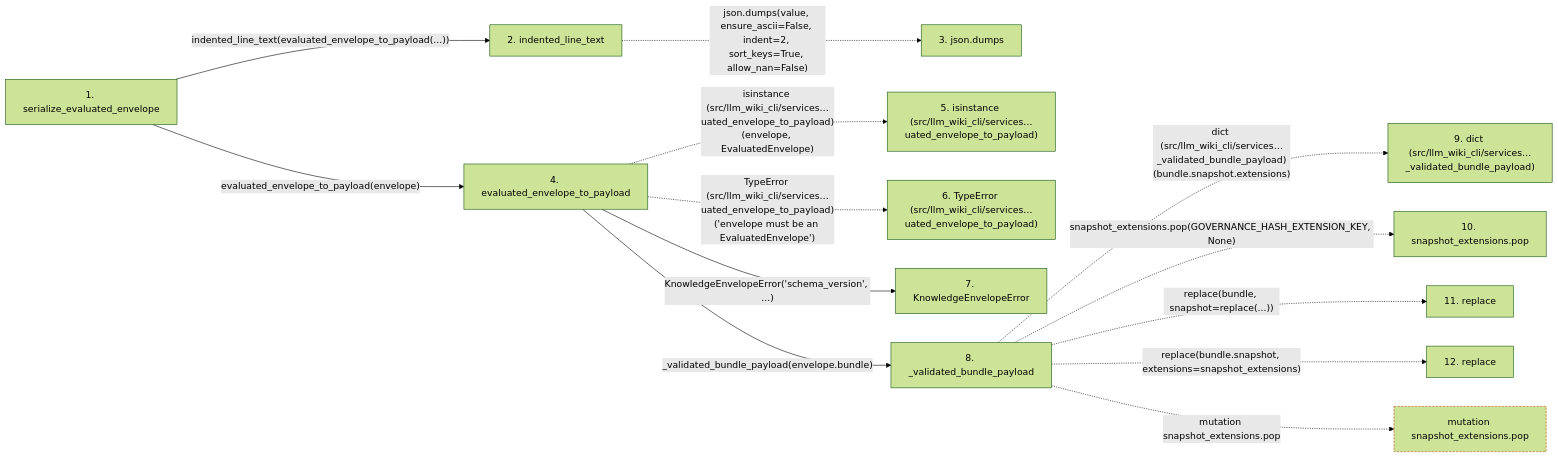
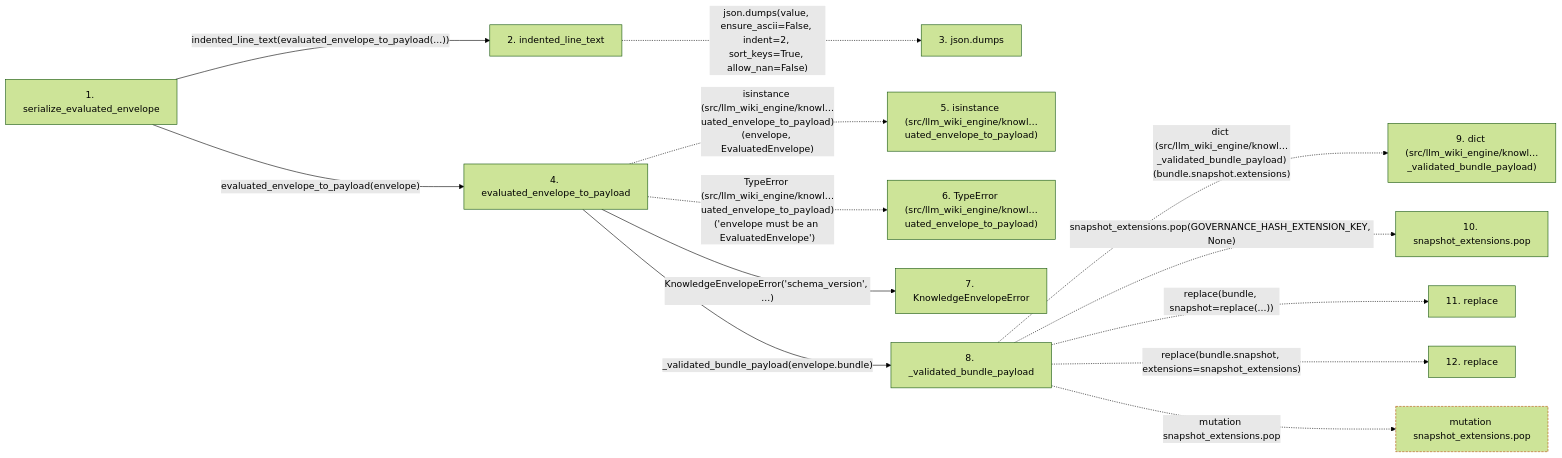
The second of 2 diagrams in docs/llm_wiki/flows/api-serialize_evaluated_envelope.md (Denissvgn/python-wiki-llm), drawn with Mermaid (forest theme) before and after one commit. The commit also changed other lines of this file and 1058 other files, not shown here.

````diff
--- a/docs/llm_wiki/flows/api-serialize_evaluated_envelope.md
+++ b/docs/llm_wiki/flows/api-serialize_evaluated_envelope.md
@@ -144,35 +144,35 @@
 ```mermaid
 flowchart LR
     s1["1. serialize_evaluated_envelope"]
     s2["2. indented_line_text"]
     s3["3. json.dumps"]
     s4["4. evaluated_envelope_to_payload"]
-    s5["5. isinstance (src/llm_wiki_cli/services…uated_envelope_to_payload)"]
-    s6["6. TypeError (src/llm_wiki_cli/services…uated_envelope_to_payload)"]
+    s5["5. isinstance (src/llm_wiki_engine/knowl…uated_envelope_to_payload)"]
+    s6["6. TypeError (src/llm_wiki_engine/knowl…uated_envelope_to_payload)"]
     s7["7. KnowledgeEnvelopeError"]
     s8["8. _validated_bundle_payload"]
-    s9["9. dict (src/llm_wiki_cli/services…_validated_bundle_payload)"]
+    s9["9. dict (src/llm_wiki_engine/knowl…_validated_bundle_payload)"]
     s10["10. snapshot_extensions.pop"]
     s11["11. replace"]
     s12["12. replace"]
     s1 -->|"indented_line_text(evaluated_envelope_to_payload(...))"| s2
     s2 -. "json.dumps(value, ensure_ascii=False, indent=2, sort_keys=True, allow_nan=False)" .-> s3
     s1 -->|"evaluated_envelope_to_payload(envelope)"| s4
-    s4 -. "isinstance (src/llm_wiki_cli/services…uated_envelope_to_payload)(envelope, EvaluatedEnvelope)" .-> s5
-    s4 -. "TypeError (src/llm_wiki_cli/services…uated_envelope_to_payload)('envelope must be an EvaluatedEnvelope')" .-> s6
+    s4 -. "isinstance (src/llm_wiki_engine/knowl…uated_envelope_to_payload)(envelope, EvaluatedEnvelope)" .-> s5
+    s4 -. "TypeError (src/llm_wiki_engine/knowl…uated_envelope_to_payload)('envelope must be an EvaluatedEnvelope')" .-> s6
     s4 -->|"KnowledgeEnvelopeError('schema_version', ...)"| s7
     s4 -->|"_validated_bundle_payload(envelope.bundle)"| s8
-    s8 -. "dict (src/llm_wiki_cli/services…_validated_bundle_payload)(bundle.snapshot.extensions)" .-> s9
+    s8 -. "dict (src/llm_wiki_engine/knowl…_validated_bundle_payload)(bundle.snapshot.extensions)" .-> s9
     s8 -. "snapshot_extensions.pop(GOVERNANCE_HASH_EXTENSION_KEY, None)" .-> s10
     s8 -. "replace(bundle, snapshot=replace(...))" .-> s11
     s8 -. "replace(bundle.snapshot, extensions=snapshot_extensions)" .-> s12
     b0["mutation snapshot_extensions.pop"]
     s8 -. "mutation snapshot_extensions.pop" .-> b0
     click s1 "../modules/knowledge_envelope.md"
     click s2 "../modules/canonical_json.md"
     click s4 "../modules/knowledge_envelope.md"
     click s7 "../modules/knowledge_envelope.md"
     click s8 "../modules/knowledge_envelope.md"
     classDef boundary stroke:#b45309,stroke-dasharray: 4 2
     class b0 boundary
 ```
````
